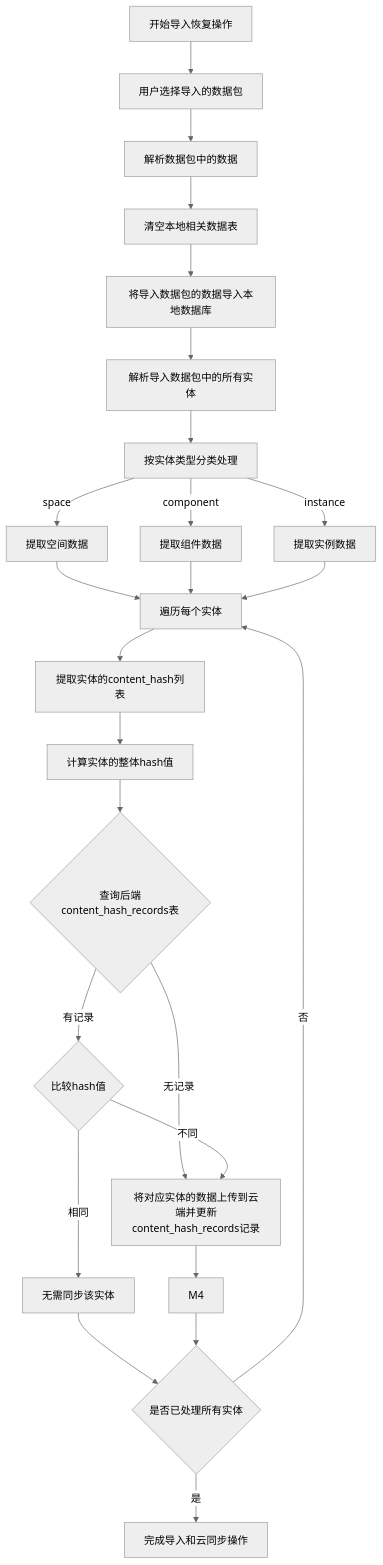
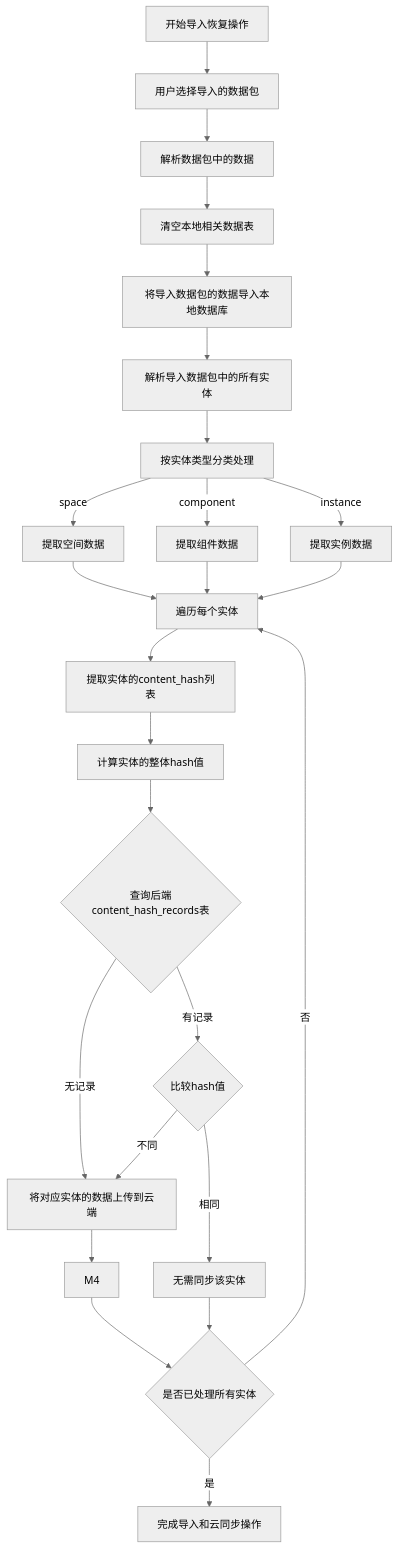
One commit to yingjianzh/iodraw-files changed the diagram in all/未命名-44.md. Above: the diagram before and after it, drawn with Mermaid (neutral theme).

Commit message:
2025-04-27 11:54:22 update

````diff
--- a/all/未命名-44.md
+++ b/all/未命名-44.md
@@ -1,36 +1,37 @@
 ```mermaid
 flowchart TD
     A[开始导入恢复操作] --> B[用户选择导入的数据包]
     B --> C[解析数据包中的数据]
     
     C --> D[清空本地相关数据表]
     D --> E[将导入数据包的数据导入本地数据库]
     
     E --> F[解析导入数据包中的所有实体]
     F --> G[按实体类型分类处理]
     
     G -->|space| H1[提取空间数据]
     G -->|component| H2[提取组件数据]
     G -->|instance| H3[提取实例数据]
     
     H1 --> I[遍历每个实体]
     H2 --> I
     H3 --> I
     
     I --> J[提取实体的content_hash列表]
     J --> K[计算实体的整体hash值]
     
     K --> L{查询后端content_hash_records表}
     L -->|无记录| M1[将对应实体的数据上传到云端]
     L -->|有记录| M2{比较hash值}
+    M2 -->|不同| M1
+
+    M2 -->|相同| M3[无需同步该实体]
     
-    M2 -->|相同| M3[无需同步该实体]
-    M2 -->|不同| M1[将对应实体的数据上传到云端并更新content_hash_records记录]
     M1 --> M4
     
     M3 --> S{是否已处理所有实体}
     M4 --> S{是否已处理所有实体}
     
     S -->|否| I
     S -->|是| T[完成导入和云同步操作]
 ```
````
